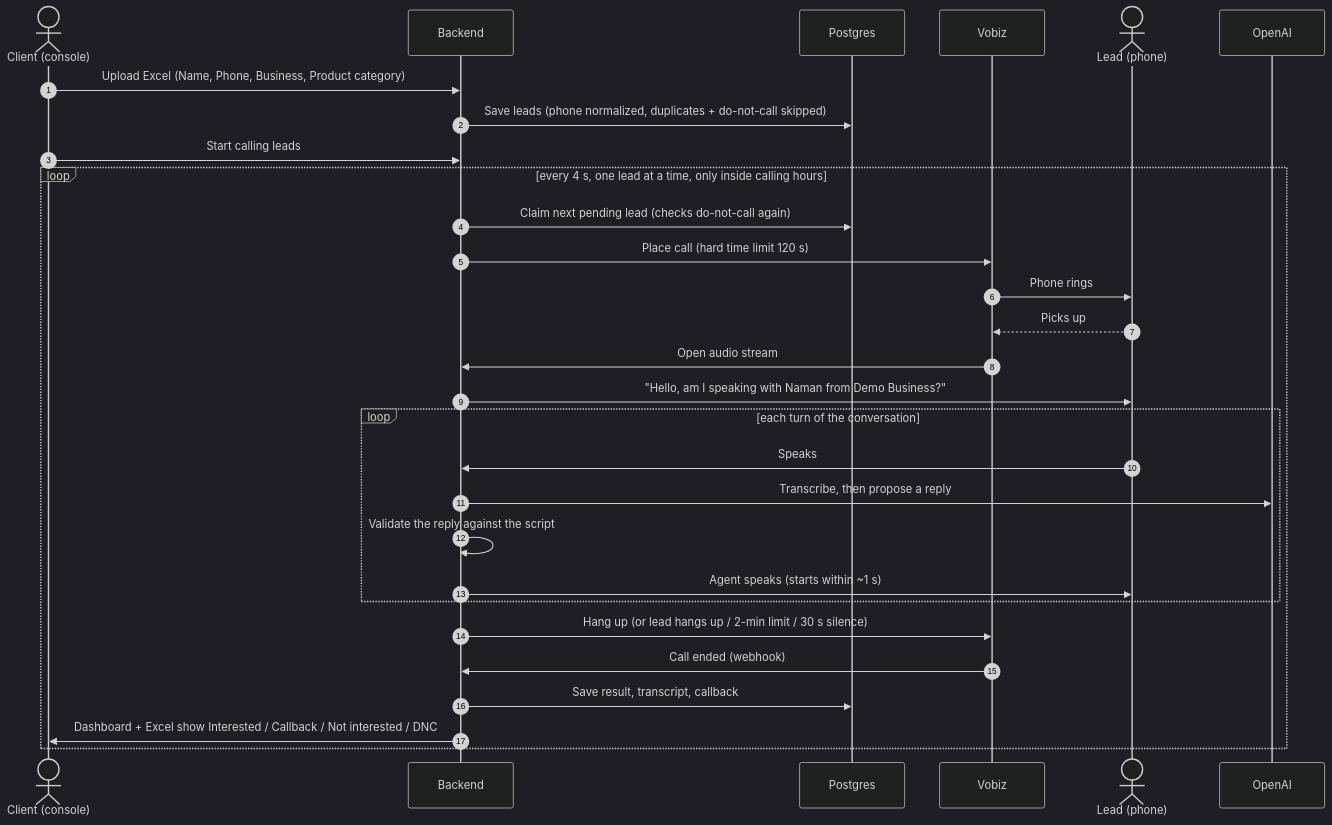
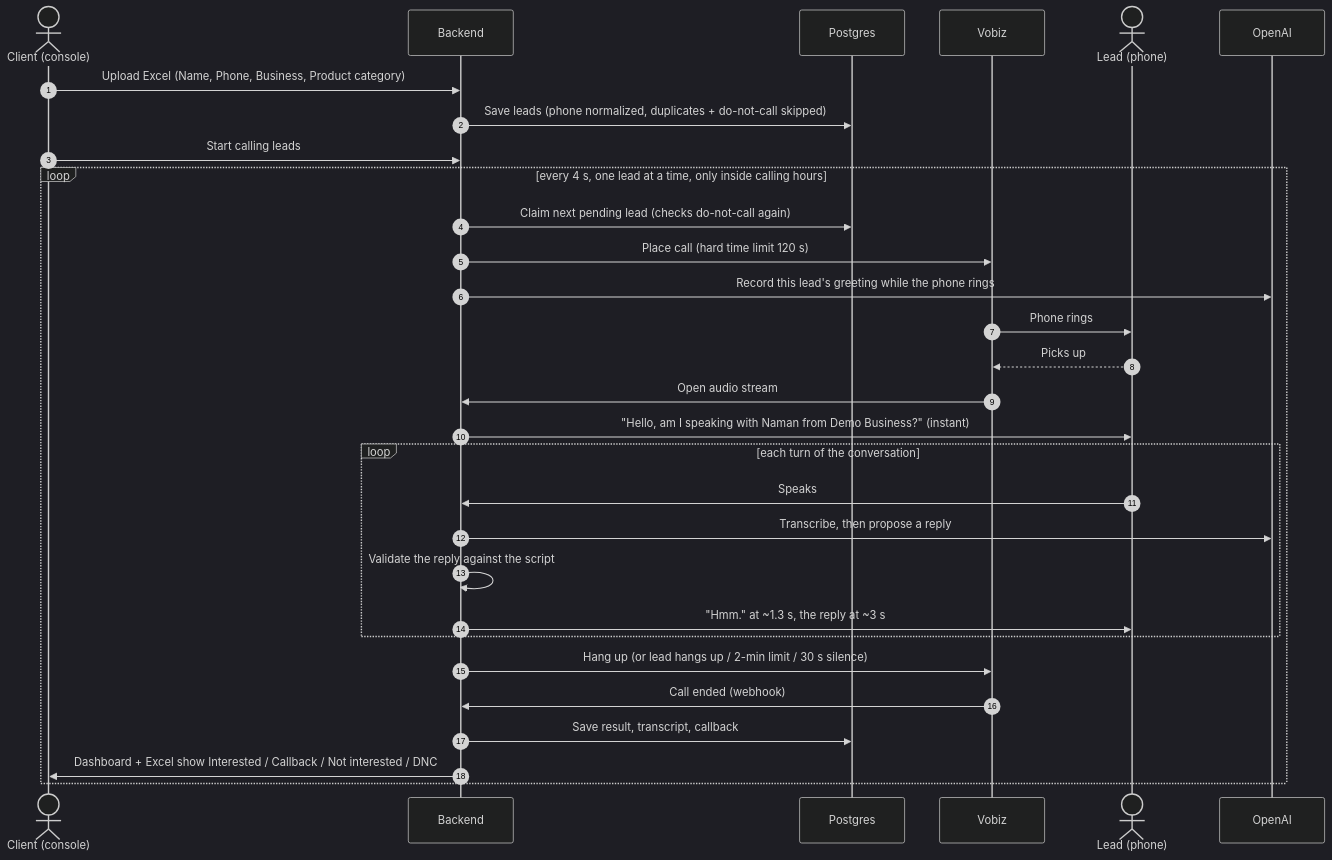
One commit to KNambiarDJsc/AI_sales_agent changed the second of 4 diagrams in FLOW.md. Above: the diagram before and after it, drawn with Mermaid (dark theme). The commit also changed other lines of this file and 20 other files, not shown here.

````diff
--- a/FLOW.md
+++ b/FLOW.md
@@ -44,32 +44,33 @@
 ```mermaid
 sequenceDiagram
     autonumber
     actor C as Client (console)
     participant API as Backend
     participant DB as Postgres
     participant VZ as Vobiz
     actor L as Lead (phone)
     participant AI as OpenAI
 
     C->>API: Upload Excel (Name, Phone, Business, Product category)
     API->>DB: Save leads (phone normalized, duplicates + do-not-call skipped)
     C->>API: Start calling leads
     loop every 4 s, one lead at a time, only inside calling hours
         API->>DB: Claim next pending lead (checks do-not-call again)
         API->>VZ: Place call (hard time limit 120 s)
+        API->>AI: Record this lead's greeting while the phone rings
         VZ->>L: Phone rings
         L-->>VZ: Picks up
         VZ->>API: Open audio stream
-        API->>L: "Hello, am I speaking with Naman from Demo Business?"
+        API->>L: "Hello, am I speaking with Naman from Demo Business?" (instant)
         loop each turn of the conversation
             L->>API: Speaks
             API->>AI: Transcribe, then propose a reply
             API->>API: Validate the reply against the script
-            API->>L: Agent speaks (starts within ~1 s)
+            API->>L: "Hmm." at ~1.3 s, the reply at ~3 s
         end
         API->>VZ: Hang up (or lead hangs up / 2-min limit / 30 s silence)
         VZ->>API: Call ended (webhook)
         API->>DB: Save result, transcript, callback
         API->>C: Dashboard + Excel show Interested / Callback / Not interested / DNC
     end
 ```
````
